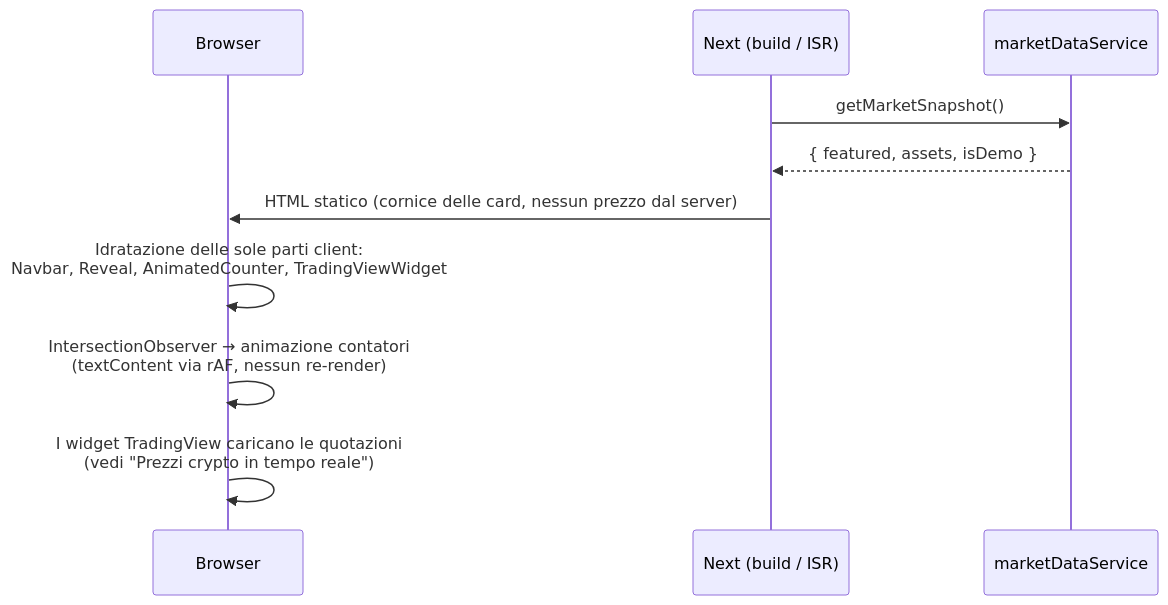
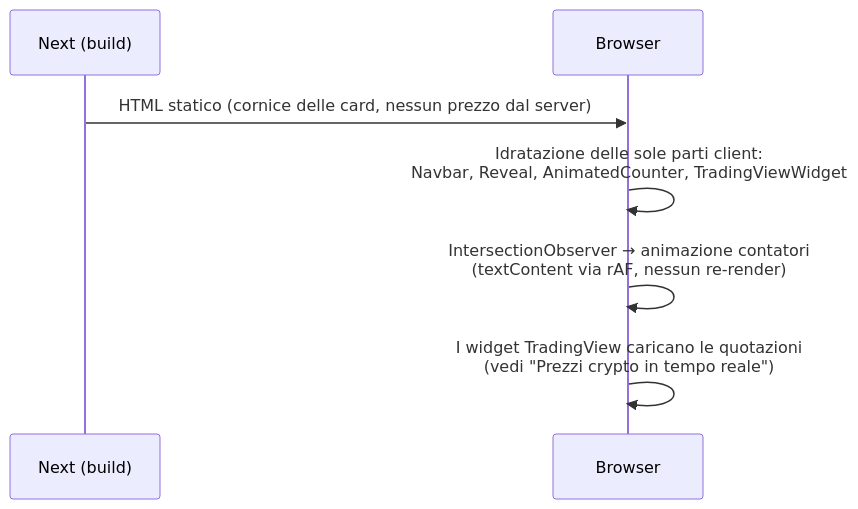
One commit to davide963-ux/cr changed the third of 5 diagrams in README.md. Above: the diagram before and after it, drawn with Mermaid. The commit also changed other lines of this file and 17 other files, not shown here.

First line of the commit message:
Remove the market data layer and its configuration (#10)

````diff
--- a/README.md
+++ b/README.md
@@ -114,12 +101,9 @@
 ```mermaid
 sequenceDiagram
+    participant N as Next (build)
     participant B as Browser
-    participant N as Next (build / ISR)
-    participant S as marketDataService
-    N->>S: getMarketSnapshot()
-    S-->>N: { featured, assets, isDemo }
     N->>B: HTML statico (cornice delle card, nessun prezzo dal server)
     B->>B: Idratazione delle sole parti client:<br/>Navbar, Reveal, AnimatedCounter, TradingViewWidget
     B->>B: IntersectionObserver → animazione contatori<br/>(textContent via rAF, nessun re-render)
     B->>B: I widget TradingView caricano le quotazioni<br/>(vedi "Prezzi crypto in tempo reale")
 ```
````
